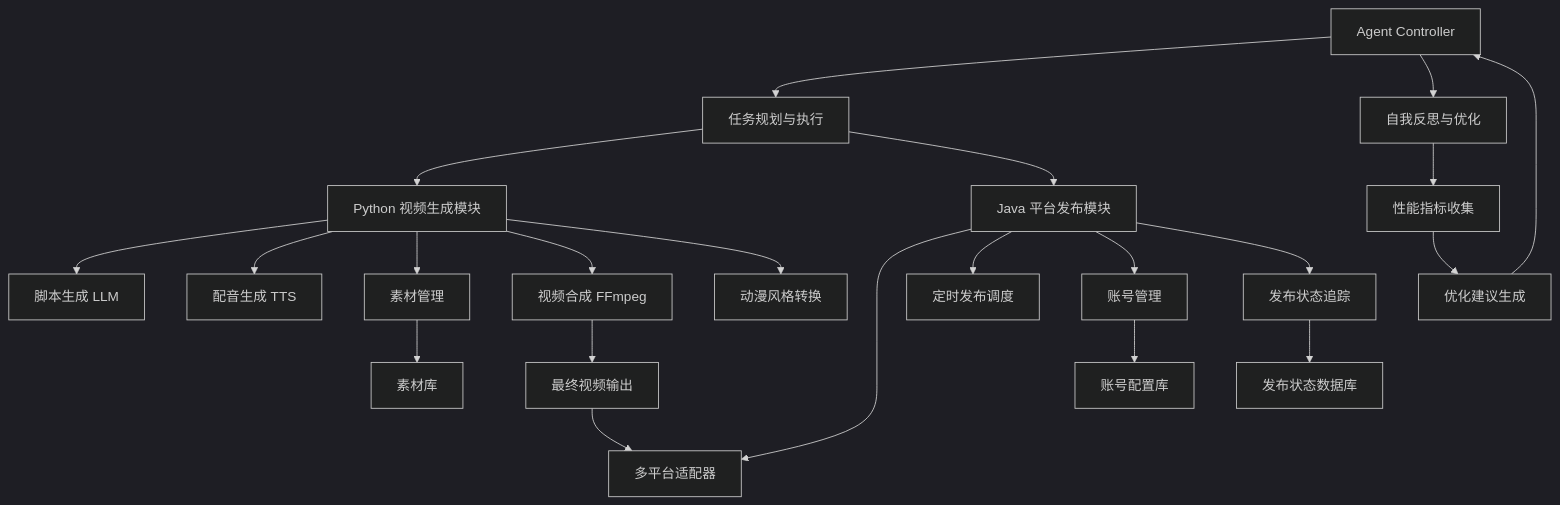
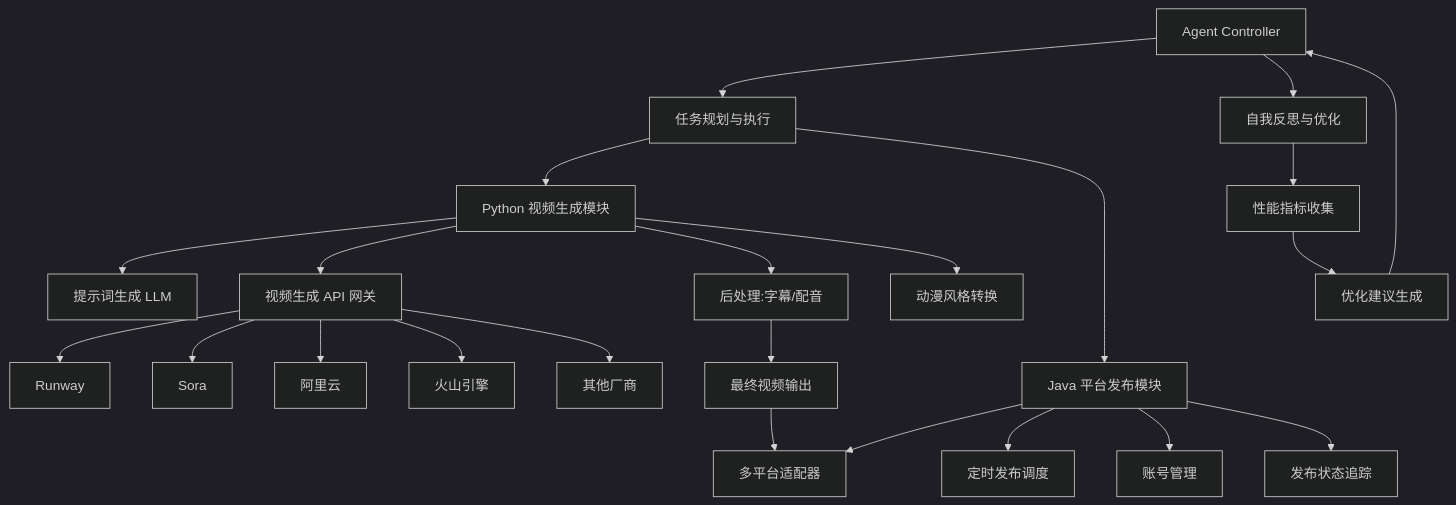
One commit to shangguanyongsheng/anime-video-creator changed the diagram in docs/architecture.md. Above: the diagram before and after it, drawn with Mermaid (dark theme). The commit also changed other lines of this file and 7 other files, not shown here.

First line of the commit message:
docs: add vendor integration guides and update architecture

````diff
--- a/docs/architecture.md
+++ b/docs/architecture.md
@@ -5,30 +5,31 @@
 ```mermaid
 graph TD
     A[Agent Controller] --> B[任务规划与执行]
     A --> C[自我反思与优化]
     
     B --> D[Python 视频生成模块]
     B --> E[Java 平台发布模块]
     
-    D --> D1[脚本生成 LLM]
-    D --> D2[配音生成 TTS]
-    D --> D3[素材管理]
-    D --> D4[视频合成 FFmpeg]
-    D --> D5[动漫风格转换]
+    D --> D1[提示词生成 LLM]
+    D --> D2[视频生成 API 网关]
+    D --> D3[后处理:字幕/配音]
+    D --> D4[动漫风格转换]
+    
+    D2 --> V1[Runway]
+    D2 --> V2[Sora]
+    D2 --> V3[阿里云]
+    D2 --> V4[火山引擎]
+    D2 --> V5[其他厂商]
     
     E --> E1[多平台适配器]
     E --> E2[定时发布调度]
     E --> E3[账号管理]
     E --> E4[发布状态追踪]
     
-    D3 --> F[素材库]
-    E3 --> G[账号配置库]
-    E4 --> H[发布状态数据库]
-    
-    D4 --> I[最终视频输出]
+    D3 --> I[最终视频输出]
     I --> E1
     
     C --> J[性能指标收集]
     J --> K[优化建议生成]
     K --> A
 ```
````
